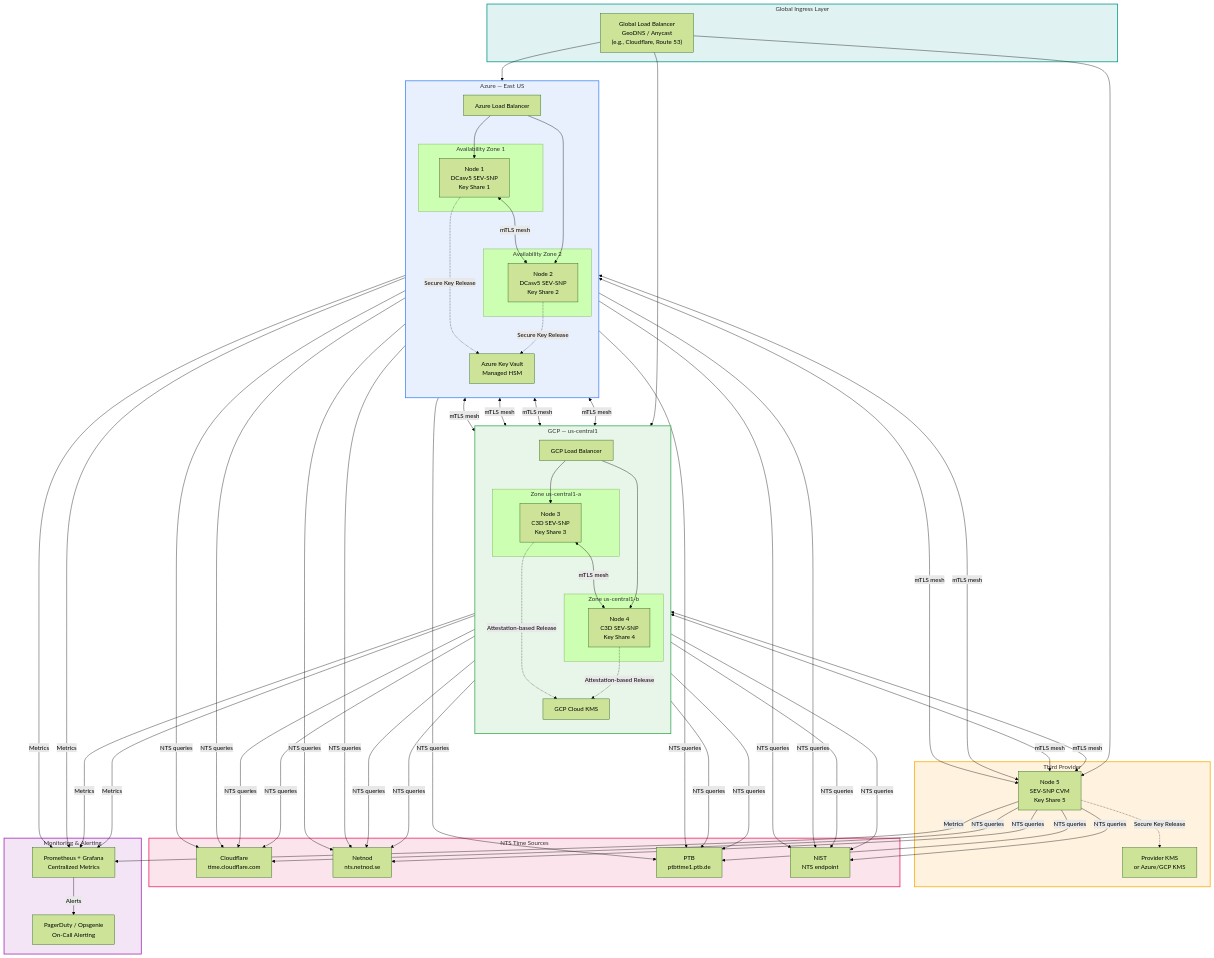
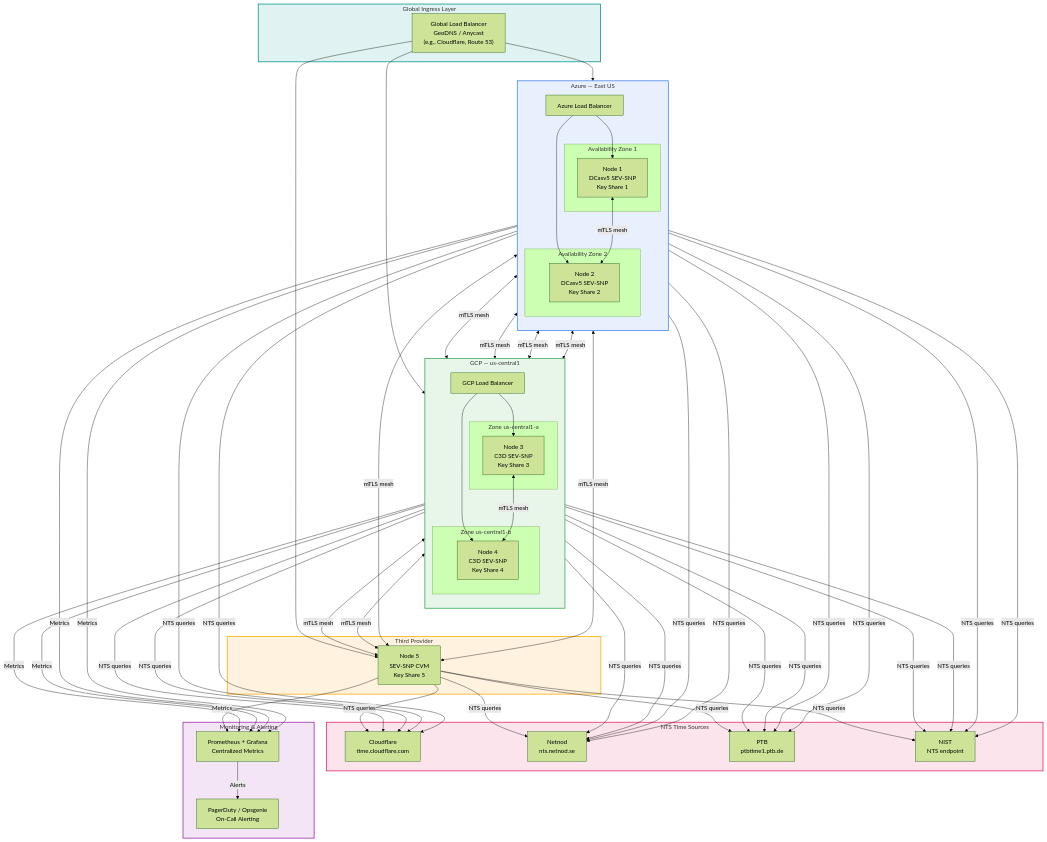
One commit to NickBorgers/confidential-computing-tsa changed the first of 7 diagrams in docs/05-operations-and-deployment.md. Above: the diagram before and after it, drawn with Mermaid (forest theme). The commit also changed other lines of this file and 1 other file, not shown here.

First line of the commit message:
Adopt immutable software + ephemeral key model (Phase 2)

```diff
--- a/docs/05-operations-and-deployment.md
+++ b/docs/05-operations-and-deployment.md
@@ -165,7 +160,6 @@
             N2["Node 2<br/>DCasv5 SEV-SNP<br/>Key Share 2"]
         end
         ALB["Azure Load Balancer"]
-        AKMS["Azure Key Vault<br/>Managed HSM"]
     end
 
     subgraph GCPRegion["GCP — us-central1"]
@@ -177,12 +171,10 @@
             N4["Node 4<br/>C3D SEV-SNP<br/>Key Share 4"]
         end
         GLBN["GCP Load Balancer"]
-        GKMS["GCP Cloud KMS"]
     end
 
     subgraph ThirdProvider["Third Provider"]
         N5["Node 5<br/>SEV-SNP CVM<br/>Key Share 5"]
-        TKMS["Provider KMS<br/>or Azure/GCP KMS"]
     end
 
     subgraph NTSSources["NTS Time Sources"]
@@ -205,10 +197,6 @@
     ALB --> N2
     GLBN --> N3
     GLBN --> N4
-
-    N1 & N2 -.->|"Secure Key Release"| AKMS
-    N3 & N4 -.->|"Attestation-based Release"| GKMS
-    N5 -.->|"Secure Key Release"| TKMS
 
     N1 <-->|"mTLS mesh"| N2
     N1 <-->|"mTLS mesh"| N3
```
